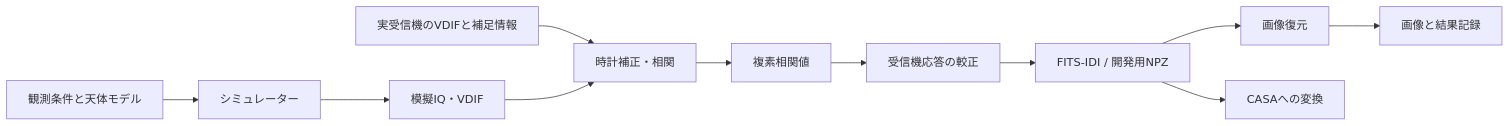
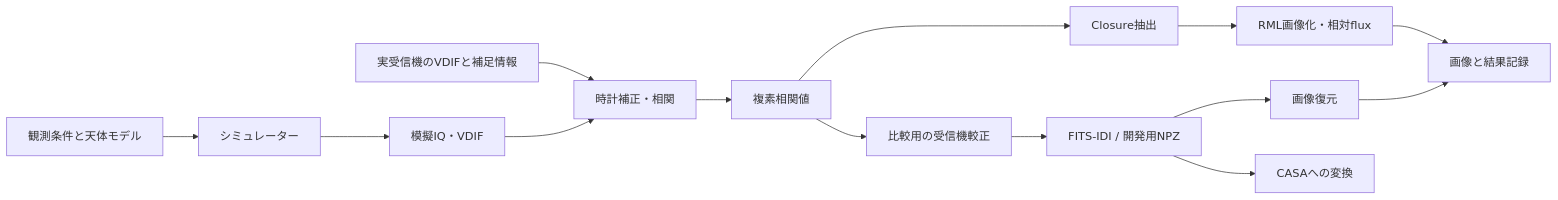
One commit to yosihisa/V-SoRA changed the diagram in docs/guide/README.md. Above: the diagram before and after it, drawn with Mermaid. The commit also changed other lines of this file and 19 other files, not shown here.

````diff
--- a/docs/guide/README.md
+++ b/docs/guide/README.md
@@ -24,13 +24,16 @@
 ```mermaid
 flowchart LR
     A[観測条件と天体モデル] --> B[シミュレーター]
     B --> C[模擬IQ・VDIF]
     D[実受信機のVDIFと補足情報] --> E[時計補正・相関]
     C --> E
     E --> F[複素相関値]
-    F --> G[受信機応答の較正]
+    F --> L[Closure抽出]
+    L --> M[RML画像化・相対flux]
+    M --> K
+    F --> G[比較用の受信機較正]
     G --> H[FITS-IDI / 開発用NPZ]
     H --> I[画像復元]
     H --> J[CASAへの変換]
     I --> K[画像と結果記録]
 ```
````
